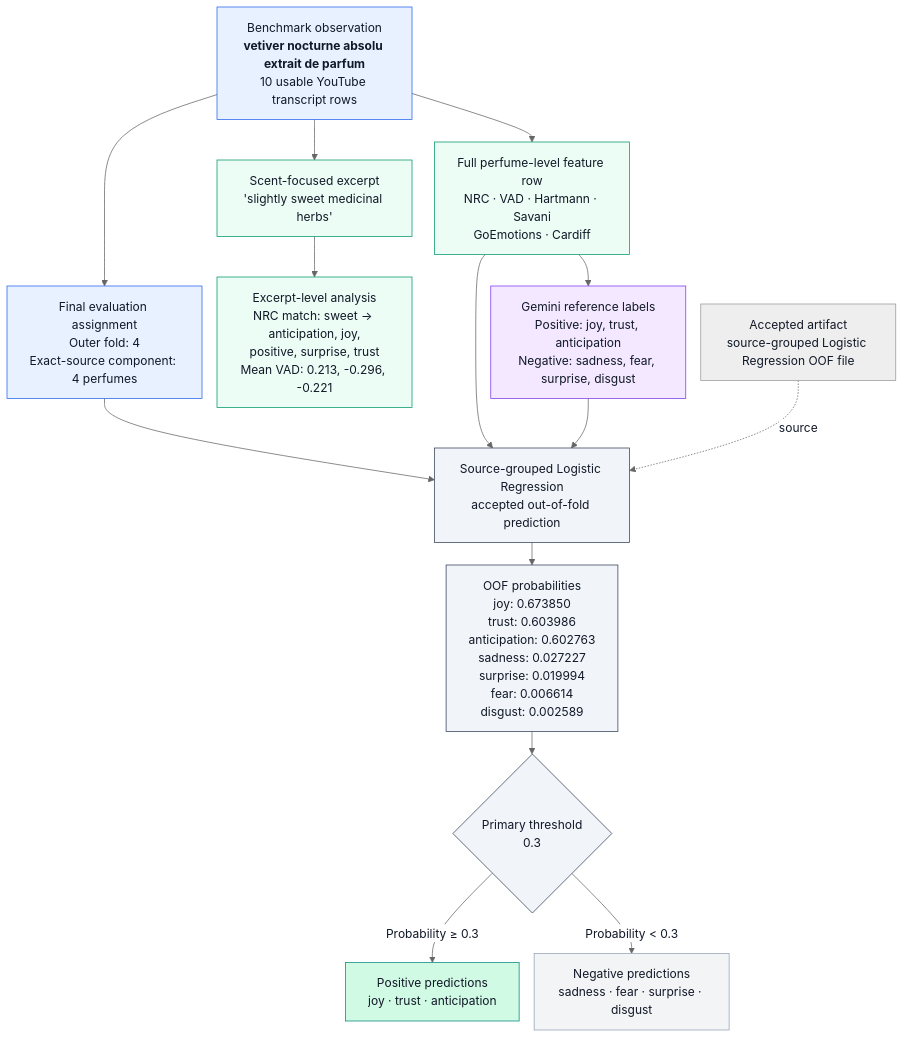
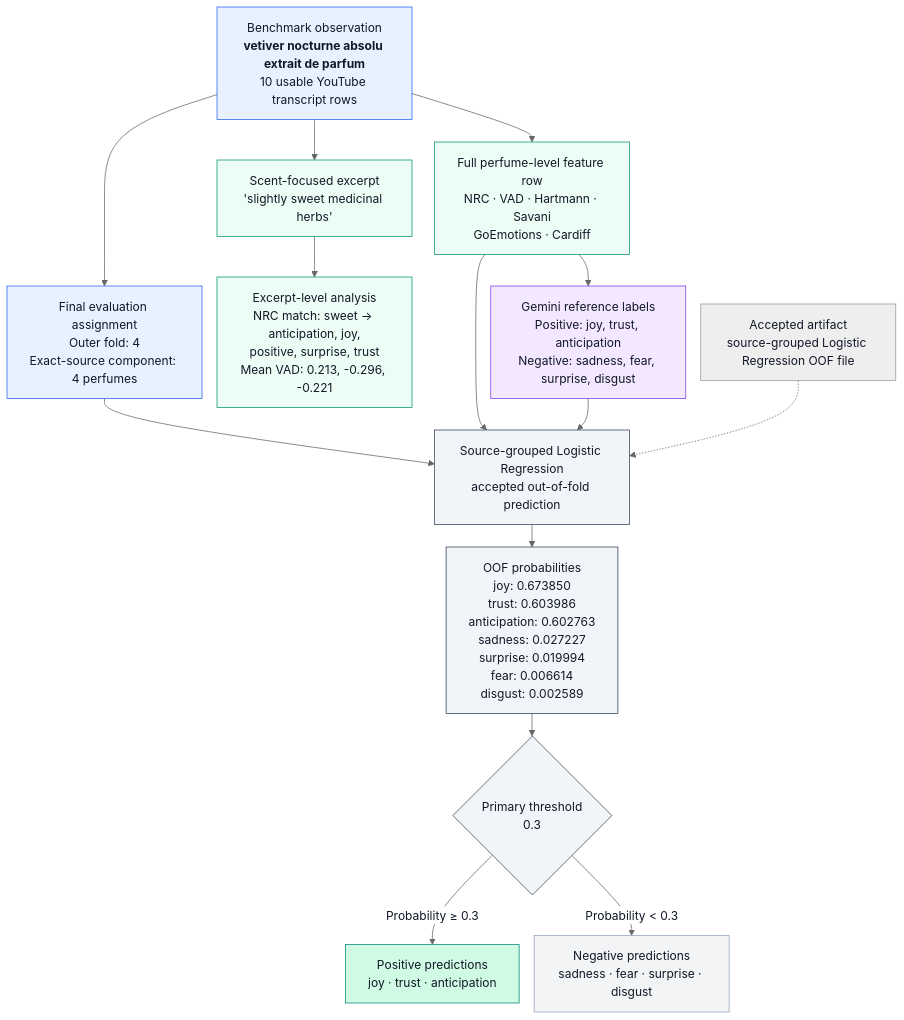
The diagram in docs/thesis/mermaid diagrams/mermaid codes/figure_3_8_worked_example_artifact_trace.mmd (ececanga/Sentiment-Analysis-for-Perfume-Reviews), drawn with Mermaid (neutral theme) before and after one commit. The commit also changed 36 other files, not shown here.

```diff
--- a/docs/thesis/mermaid diagrams/mermaid codes/figure_3_8_worked_example_artifact_trace.mmd
+++ b/docs/thesis/mermaid diagrams/mermaid codes/figure_3_8_worked_example_artifact_trace.mmd
@@ -1,44 +1,44 @@
 ---
 config:
   layout: dagre
   flowchart:
     nodeSpacing: 20
     rankSpacing: 30
 ---
 flowchart TD
     A["Benchmark observation<br/><b>vetiver nocturne absolu extrait de parfum</b><br/>10 usable YouTube transcript rows"]
 
     A --> B["Final evaluation assignment<br/>Outer fold: 4<br/>Exact-source component: 4 perfumes"]
     A --> C["Scent-focused excerpt<br/>'slightly sweet medicinal herbs'"]
 
     C --> D["Excerpt-level analysis<br/>NRC match: sweet → anticipation, joy,<br/>positive, surprise, trust<br/>Mean VAD: 0.213, -0.296, -0.221"]
 
     A --> E["Full perfume-level feature row<br/>NRC · VAD · Hartmann · Savani<br/>GoEmotions · Cardiff"]
 
     E --> F["Gemini reference labels<br/>Positive: joy, trust, anticipation<br/>Negative: sadness, fear, surprise, disgust"]
 
     B --> G["Source-grouped Logistic Regression<br/>accepted out-of-fold prediction"]
     E --> G
     F --> G
 
     G --> H["OOF probabilities<br/>joy: 0.673850<br/>trust: 0.603986<br/>anticipation: 0.602763<br/>sadness: 0.027227<br/>surprise: 0.019994<br/>fear: 0.006614<br/>disgust: 0.002589"]
 
     H --> I{"Primary threshold<br/>0.3"}
     I -->|"Probability ≥ 0.3"| J["Positive predictions<br/>joy · trust · anticipation"]
     I -->|"Probability &lt; 0.3"| K["Negative predictions<br/>sadness · fear · surprise · disgust"]
 
-    L["Accepted artifact<br/>source-grouped Logistic Regression OOF file"] -. source .-> G
+    L["Accepted artifact<br/>source-grouped Logistic Regression OOF file"] -.-> G
 
     classDef input fill:#E8F1FF,stroke:#2563EB,color:#111827
     classDef feature fill:#ECFDF5,stroke:#059669,color:#111827
     classDef label fill:#F3E8FF,stroke:#7C3AED,color:#111827
     classDef output fill:#F1F5F9,stroke:#334155,color:#111827
     classDef positive fill:#D1FAE5,stroke:#07877F,color:#111827
     classDef negative fill:#F3F4F6,stroke:#94A3B8,color:#111827
 
     class A,B input
     class C,D,E feature
     class F label
     class G,H,I output
     class J positive
     class K negative
```
